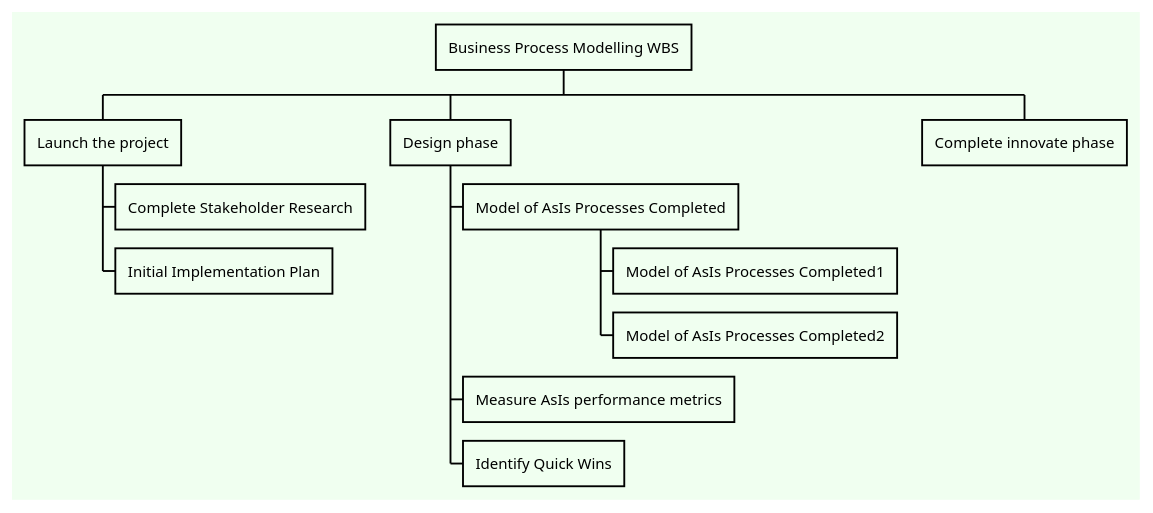
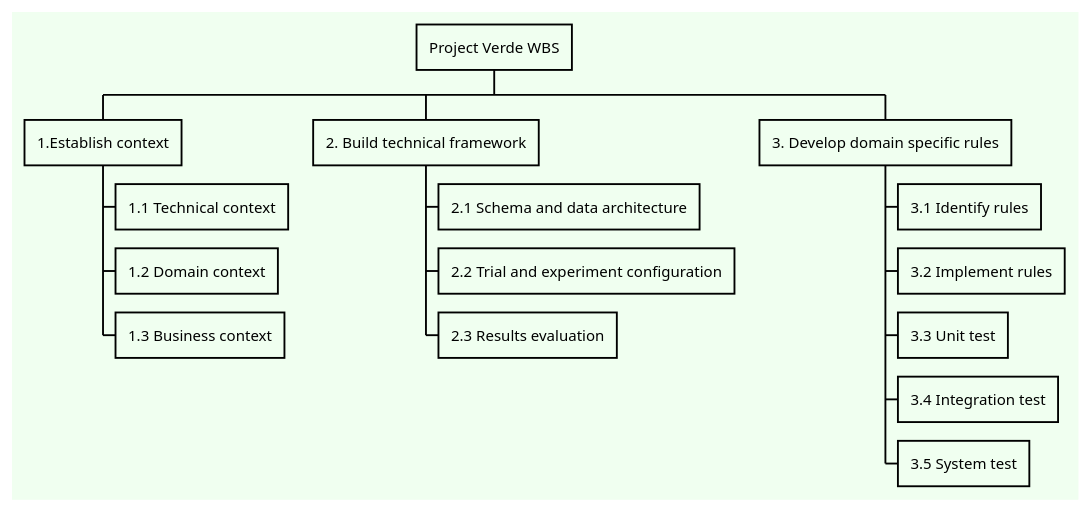
The diagram in docs/uml/project_wbs.puml (trubens71/verde), drawn with PlantUML before and after one commit. The commit also changed 1 other file, not shown here.

Commit message:
wbs and and an svg

```diff
--- a/docs/uml/project_wbs.puml
+++ b/docs/uml/project_wbs.puml
@@ -1,20 +1,28 @@
 @startwbs
 
 <style>
 wbsDiagram {
     Linecolor black
     BackgroundColor #honeydew
 }
 </style>
-* Business Process Modelling WBS
-** Launch the project
-*** Complete Stakeholder Research
-*** Initial Implementation Plan
-** Design phase
-*** Model of AsIs Processes Completed
-**** Model of AsIs Processes Completed1
-**** Model of AsIs Processes Completed2
-*** Measure AsIs performance metrics
-*** Identify Quick Wins
-** Complete innovate phase
+* Project Verde WBS
+
+** 1.Establish context
+*** 1.1 Technical context
+*** 1.2 Domain context
+*** 1.3 Business context
+
+** 2. Build technical framework
+*** 2.1 Schema and data architecture
+*** 2.2 Trial and experiment configuration
+*** 2.3 Results evaluation
+
+** 3. Develop domain specific rules
+*** 3.1 Identify rules
+*** 3.2 Implement rules
+*** 3.3 Unit test
+*** 3.4 Integration test
+*** 3.5 System test
+
 @endwbs
```
